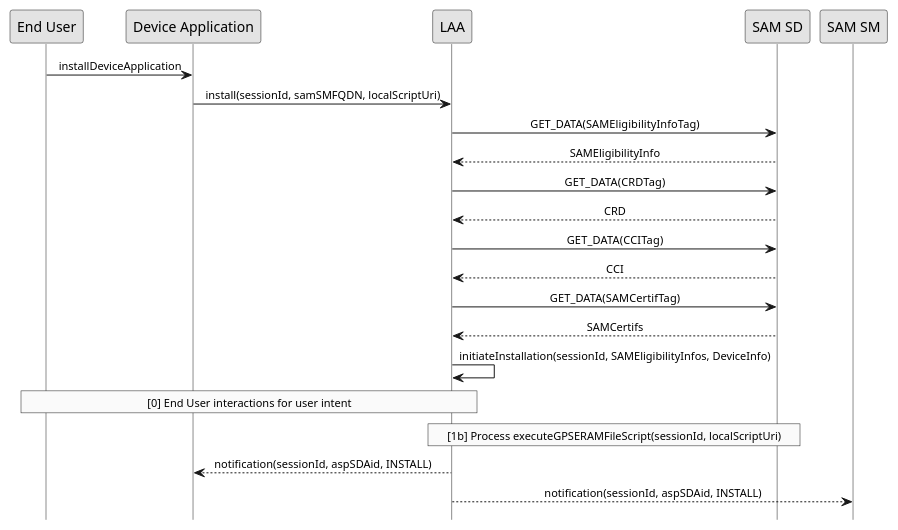
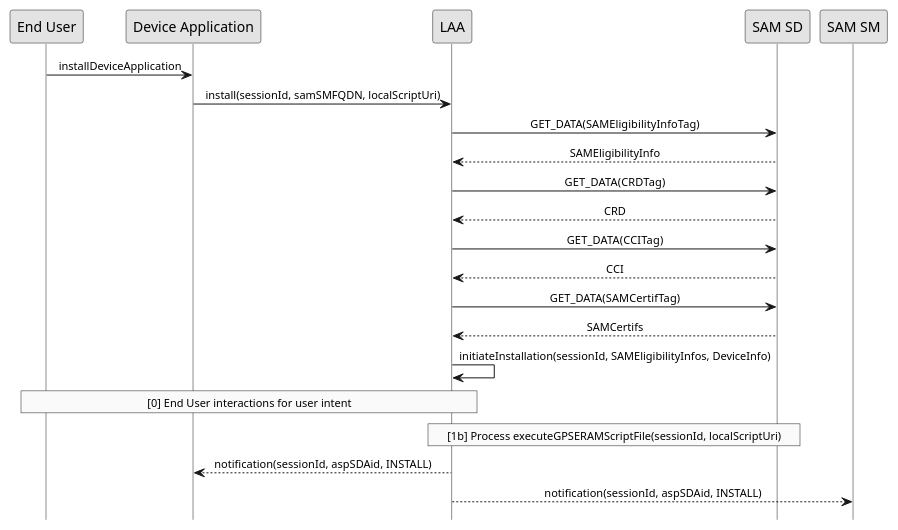
The diagram in doc/uml/install-local.pu (gaelrgerard/laa), drawn with PlantUML before and after one commit. The commit also changed 5 other files, not shown here.

```diff
--- a/doc/uml/install-local.pu
+++ b/doc/uml/install-local.pu
@@ -1,33 +1,33 @@
 @startuml
  
 hide footbox
 skinparam sequenceMessageAlign center
 skinparam sequenceArrowFontSize 11
 skinparam noteFontSize 11
 skinparam monochrome true
 skinparam lifelinestrategy solid
 
 "End User" -> "Device Application" : installDeviceApplication
 "Device Application" -> LAA : install(sessionId, samSMFQDN, localScriptUri)
 LAA -> "SAM SD" : GET_DATA(SAMEligibilityInfoTag)
 "SAM SD" --> LAA : SAMEligibilityInfo  
 LAA -> "SAM SD" : GET_DATA(CRDTag)
 "SAM SD" --> LAA : CRD
 LAA -> "SAM SD" : GET_DATA(CCITag)
 "SAM SD" --> LAA : CCI
 LAA -> "SAM SD" : GET_DATA(SAMCertifTag)
 "SAM SD" --> LAA : SAMCertifs
 "LAA" -> "LAA" : initiateInstallation(sessionId, SAMEligibilityInfos, DeviceInfo) 
  
 rnote over "LAA", "End User"
      [0] End User interactions for user intent
 end rnote
 
 rnote over "LAA", "SAM SD"
-     [1b] Process executeGPSERAMFileScript(sessionId, localScriptUri)
+     [1b] Process executeGPSERAMScriptFile(sessionId, localScriptUri)
 end rnote
  
 LAA --> "Device Application" : notification(sessionId, aspSDAid, INSTALL)
  
 LAA --> "SAM SM" : notification(sessionId, aspSDAid, INSTALL)
 @enduml
```
